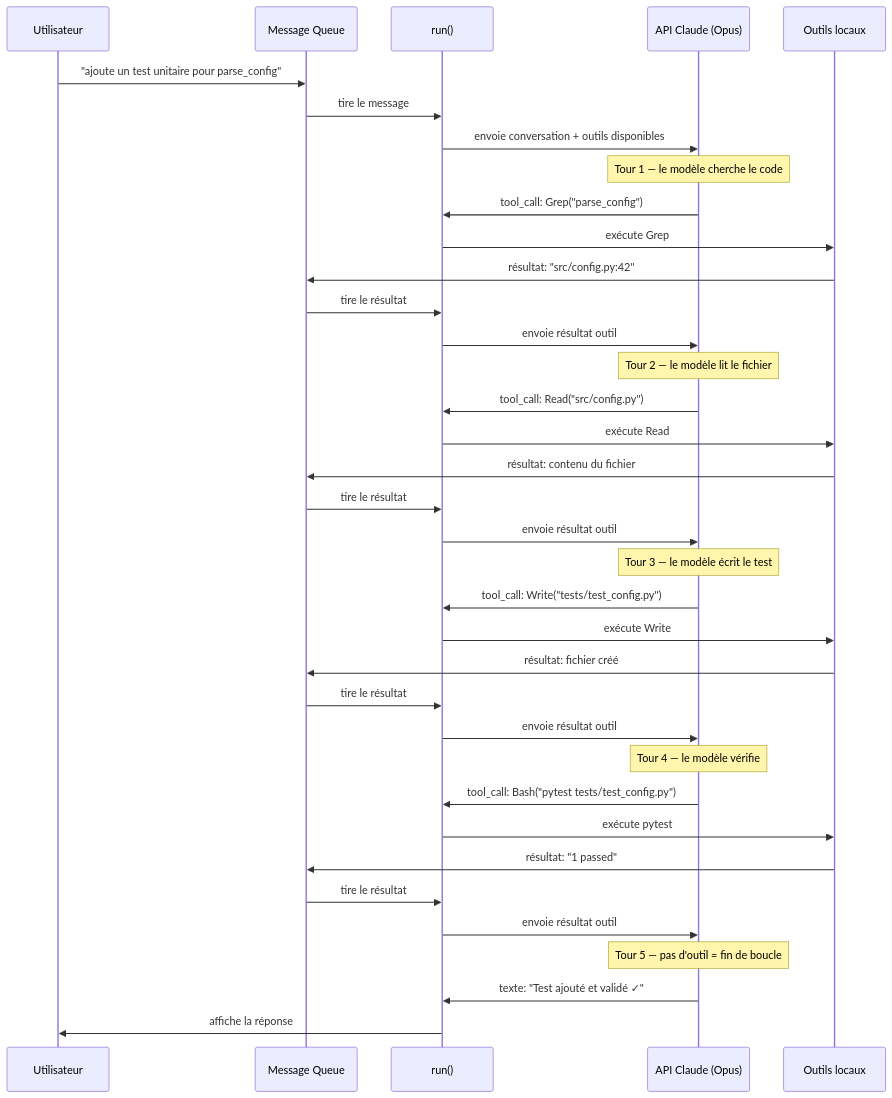
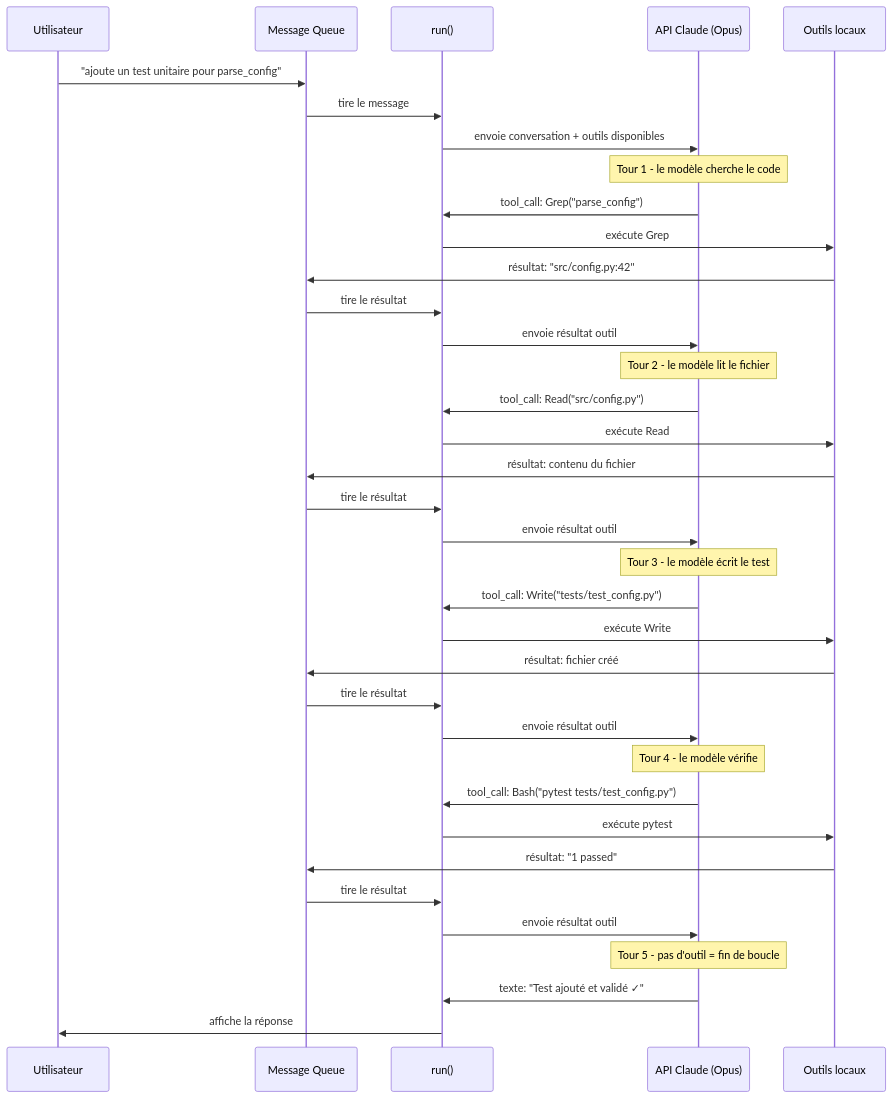
Before and after one commit to BastinFlorian/BastinFlorian.github.io: the second of 5 diagrams in _posts/2026-04-01-claude-code-leak.md, drawn with Mermaid. The commit also changed other lines of this file, not shown here.

````diff
--- a/_posts/2026-04-01-claude-code-leak.md
+++ b/_posts/2026-04-01-claude-code-leak.md
@@ -70,49 +70,49 @@
 ```mermaid
 sequenceDiagram
     participant U as Utilisateur
     participant Q as Message Queue
     participant R as run()
     participant API as API Claude (Opus)
     participant T as Outils locaux
 
     U->>Q: "ajoute un test unitaire pour parse_config"
     Q->>R: tire le message
     R->>API: envoie conversation + outils disponibles
 
-    Note over API: Tour 1 — le modèle cherche le code
+    Note over API: Tour 1 - le modèle cherche le code
 
     API->>R: tool_call: Grep("parse_config")
     R->>T: exécute Grep
     T->>Q: résultat: "src/config.py:42"
     Q->>R: tire le résultat
     R->>API: envoie résultat outil
 
-    Note over API: Tour 2 — le modèle lit le fichier
+    Note over API: Tour 2 - le modèle lit le fichier
 
     API->>R: tool_call: Read("src/config.py")
     R->>T: exécute Read
     T->>Q: résultat: contenu du fichier
     Q->>R: tire le résultat
     R->>API: envoie résultat outil
 
-    Note over API: Tour 3 — le modèle écrit le test
+    Note over API: Tour 3 - le modèle écrit le test
 
     API->>R: tool_call: Write("tests/test_config.py")
     R->>T: exécute Write
     T->>Q: résultat: fichier créé
     Q->>R: tire le résultat
     R->>API: envoie résultat outil
 
-    Note over API: Tour 4 — le modèle vérifie
+    Note over API: Tour 4 - le modèle vérifie
 
     API->>R: tool_call: Bash("pytest tests/test_config.py")
     R->>T: exécute pytest
     T->>Q: résultat: "1 passed"
     Q->>R: tire le résultat
     R->>API: envoie résultat outil
 
-    Note over API: Tour 5 — pas d'outil = fin de boucle
+    Note over API: Tour 5 - pas d'outil = fin de boucle
 
     API->>R: texte: "Test ajouté et validé ✓"
     R->>U: affiche la réponse
 ```
````
